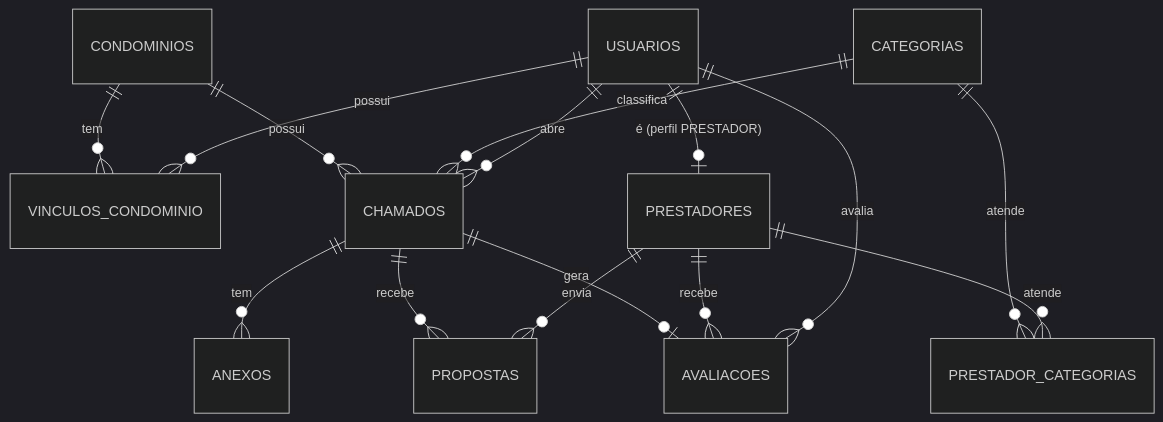
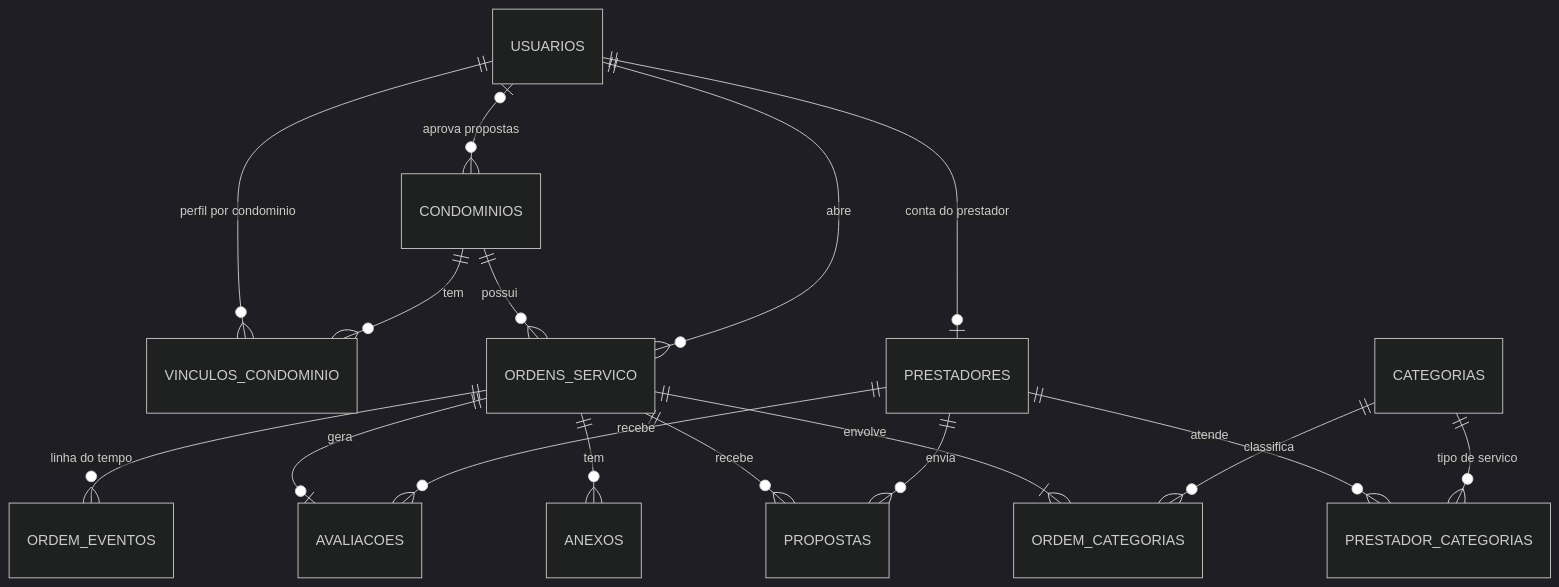
One commit to Hilton1/chamados-back changed the diagram in CLAUDE.md. Above: the diagram before and after it, drawn with Mermaid (dark theme). The commit also changed other lines of this file and 11 other files, not shown here.

First line of the commit message:
feat(db): schema de ordens de serviço, perfis por condomínio e cadastros

````diff
--- a/CLAUDE.md
+++ b/CLAUDE.md
@@ -150,17 +168,19 @@
 ```mermaid
 erDiagram
+  USUARIOS ||--o{ VINCULOS_CONDOMINIO : "perfil por condominio"
   CONDOMINIOS ||--o{ VINCULOS_CONDOMINIO : tem
-  USUARIOS ||--o{ VINCULOS_CONDOMINIO : possui
-  USUARIOS ||--o| PRESTADORES : "é (perfil PRESTADOR)"
-  CATEGORIAS ||--o{ PRESTADOR_CATEGORIAS : atende
+  USUARIOS |o--o{ CONDOMINIOS : "aprova propostas"
+  USUARIOS ||--o| PRESTADORES : "conta do prestador"
   PRESTADORES ||--o{ PRESTADOR_CATEGORIAS : atende
-  CONDOMINIOS ||--o{ CHAMADOS : possui
-  CATEGORIAS ||--o{ CHAMADOS : classifica
-  USUARIOS ||--o{ CHAMADOS : abre
-  CHAMADOS ||--o{ ANEXOS : tem
-  CHAMADOS ||--o{ PROPOSTAS : recebe
+  CATEGORIAS ||--o{ PRESTADOR_CATEGORIAS : "tipo de servico"
+  CONDOMINIOS ||--o{ ORDENS_SERVICO : possui
+  USUARIOS ||--o{ ORDENS_SERVICO : abre
+  ORDENS_SERVICO ||--|{ ORDEM_CATEGORIAS : envolve
+  CATEGORIAS ||--o{ ORDEM_CATEGORIAS : classifica
+  ORDENS_SERVICO ||--o{ ANEXOS : tem
+  ORDENS_SERVICO ||--o{ ORDEM_EVENTOS : "linha do tempo"
+  ORDENS_SERVICO ||--o{ PROPOSTAS : recebe
   PRESTADORES ||--o{ PROPOSTAS : envia
-  CHAMADOS ||--o| AVALIACOES : gera
+  ORDENS_SERVICO ||--o| AVALIACOES : gera
   PRESTADORES ||--o{ AVALIACOES : recebe
-  USUARIOS ||--o{ AVALIACOES : avalia
 ```
````
